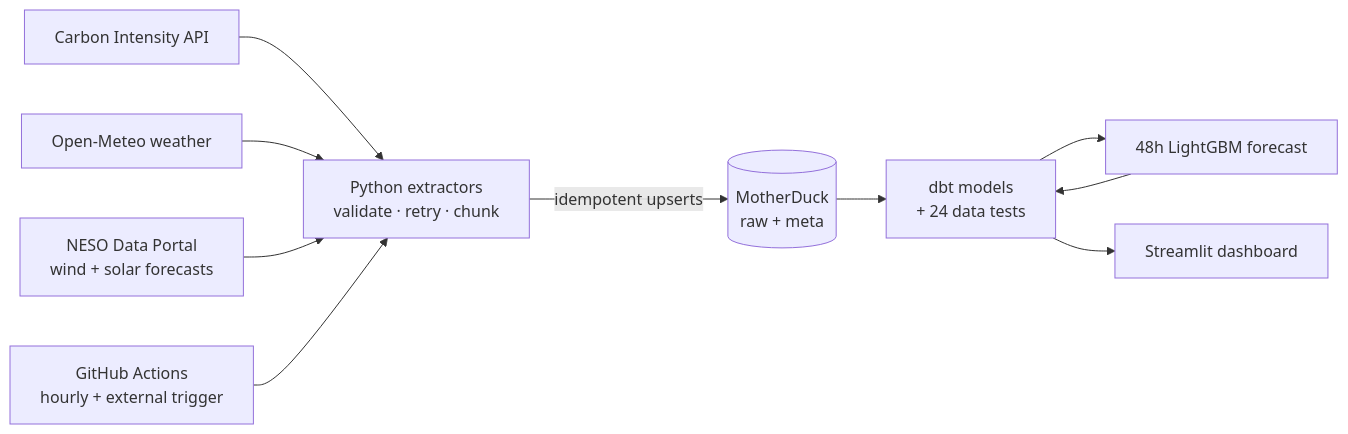
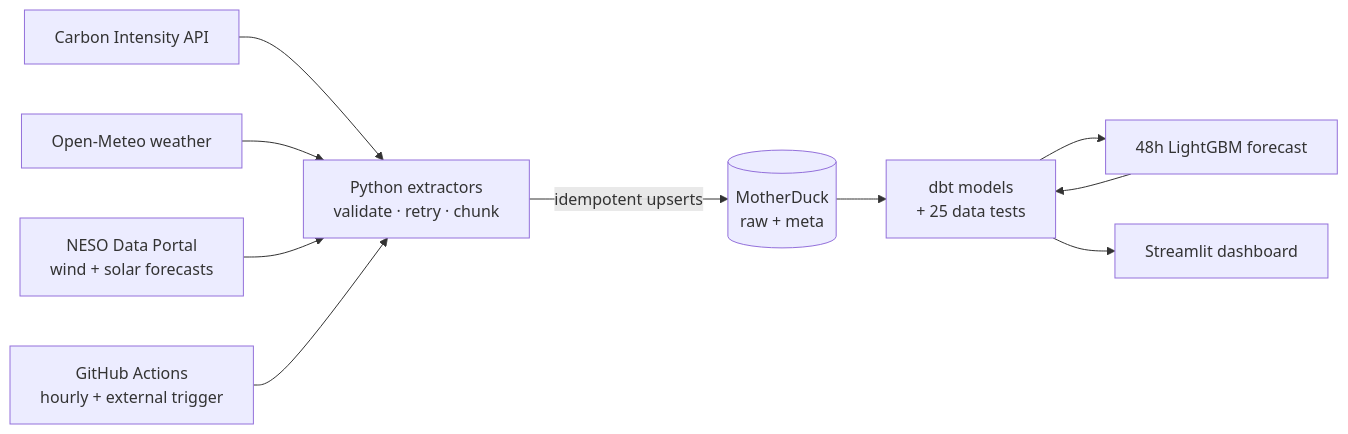
Before and after one commit to p3rpetualpanda/gb-grid-carbon: the diagram in README.md, drawn with Mermaid. The commit also changed other lines of this file and 1 other file, not shown here.

Commit message:
Docs: dbt test count is 25, not 24

````diff
--- a/README.md
+++ b/README.md
@@ -15,12 +15,12 @@
 ```mermaid
 flowchart LR
   A[Carbon Intensity API] --> E[Python extractors<br/>validate · retry · chunk]
   B[Open-Meteo weather] --> E
   C[NESO Data Portal<br/>wind + solar forecasts] --> E
   E -->|idempotent upserts| R[(MotherDuck<br/>raw + meta)]
-  R --> D[dbt models<br/>+ 24 data tests]
+  R --> D[dbt models<br/>+ 25 data tests]
   D --> F[48h LightGBM forecast]
   F --> D
   D --> S[Streamlit dashboard]
   G[GitHub Actions<br/>hourly + external trigger] --> E
 ```
````
